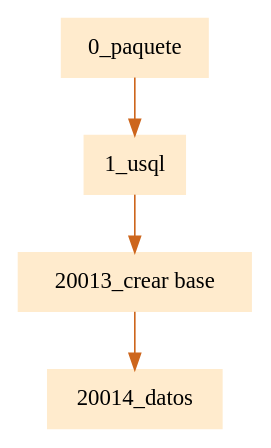
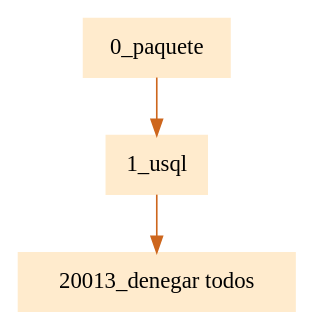
The diagram in pr1Compilarodores2/paquete.dot (JamesMelgar/compi2javaccpr1), drawn with Graphviz before and after one commit. The commit also changed 7 other files, not shown here.

Commit message:
crear base de datos

```diff
--- a/pr1Compilarodores2/paquete.dot
+++ b/pr1Compilarodores2/paquete.dot
@@ -1,5 +1,5 @@
 digraph G {node[shape=box, style=filled, color=blanchedalmond]; edge[color=chocolate3];rankdir=UD 
 
-"0_paquete"->"1_usql""1_usql"->"20013_crear base""20013_crear base"->"20014_datos"
+"0_paquete"->"1_usql""1_usql"->"20013_denegar todos"
 
 }
```
